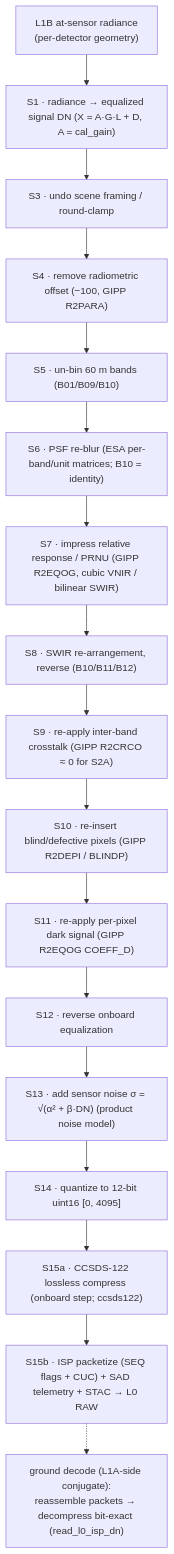
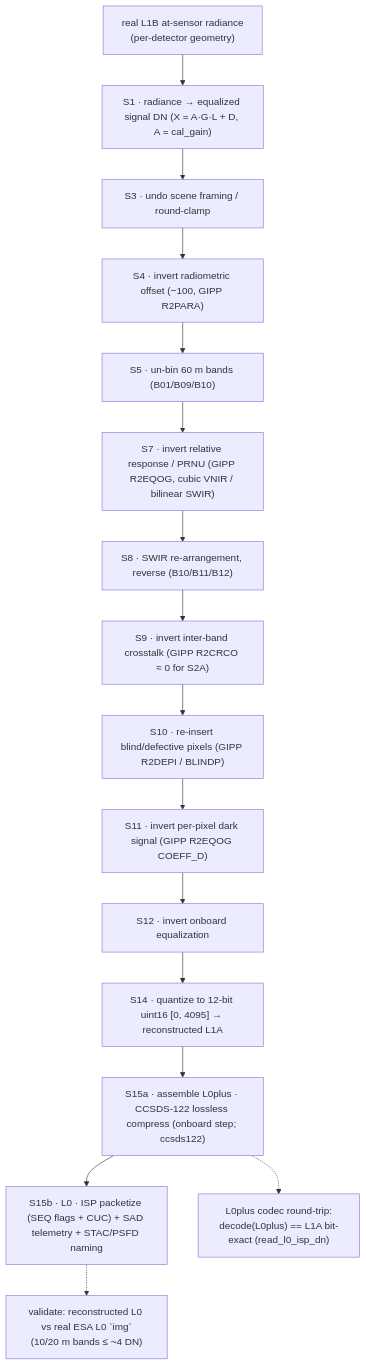
Before and after one commit to AstroCan17/s2-msi-raw-generator: the diagram in docs/dpm/introduction.md, drawn with Mermaid. The commit also changed other lines of this file and 40 other files, not shown here.

````diff
--- a/docs/dpm/introduction.md
+++ b/docs/dpm/introduction.md
@@ -31,22 +35,22 @@
 ```mermaid
 flowchart TD
-    IN["L1B at-sensor radiance<br/>(per-detector geometry)"]
+    IN["real L1B at-sensor radiance<br/>(per-detector geometry)"]
     S1["S1 · radiance → equalized signal DN (X = A·G·L + D, A = cal_gain)"]
     S3["S3 · undo scene framing / round-clamp"]
-    S4["S4 · remove radiometric offset (−100, GIPP R2PARA)"]
+    S4["S4 · invert radiometric offset (−100, GIPP R2PARA)"]
     S5["S5 · un-bin 60 m bands (B01/B09/B10)"]
-    S6["S6 · PSF re-blur (ESA per-band/unit matrices; B10 = identity)"]
-    S7["S7 · impress relative response / PRNU (GIPP R2EQOG, cubic VNIR / bilinear SWIR)"]
+    S7["S7 · invert relative response / PRNU (GIPP R2EQOG, cubic VNIR / bilinear SWIR)"]
     S8["S8 · SWIR re-arrangement, reverse (B10/B11/B12)"]
-    S9["S9 · re-apply inter-band crosstalk (GIPP R2CRCO ≈ 0 for S2A)"]
+    S9["S9 · invert inter-band crosstalk (GIPP R2CRCO ≈ 0 for S2A)"]
     S10["S10 · re-insert blind/defective pixels (GIPP R2DEPI / BLINDP)"]
-    S11["S11 · re-apply per-pixel dark signal (GIPP R2EQOG COEFF_D)"]
-    S12["S12 · reverse onboard equalization"]
-    S13["S13 · add sensor noise σ = √(α² + β·DN) (product noise model)"]
-    S14["S14 · quantize to 12-bit uint16 [0, 4095]"]
-    S15a["S15a · CCSDS-122 lossless compress (onboard step; ccsds122)"]
-    S15b["S15b · ISP packetize (SEQ flags + CUC) + SAD telemetry + STAC → L0 RAW"]
-    GD["ground decode (L1A-side conjugate):<br/>reassemble packets → decompress bit-exact (read_l0_isp_dn)"]
-    IN --> S1 --> S3 --> S4 --> S5 --> S6 --> S7 --> S8 --> S9 --> S10 --> S11 --> S12 --> S13 --> S14 --> S15a --> S15b
-    S15b -.-> GD
+    S11["S11 · invert per-pixel dark signal (GIPP R2EQOG COEFF_D)"]
+    S12["S12 · invert onboard equalization"]
+    S14["S14 · quantize to 12-bit uint16 [0, 4095] → reconstructed L1A"]
+    S15a["S15a · assemble L0plus · CCSDS-122 lossless compress (onboard step; ccsds122)"]
+    S15b["S15b · L0 · ISP packetize (SEQ flags + CUC) + SAD telemetry + STAC/PSFD naming"]
+    GD["L0plus codec round-trip:<br/>decode(L0plus) == L1A bit-exact (read_l0_isp_dn)"]
+    VAL["validate: reconstructed L0 vs real ESA L0 `img`<br/>(10/20 m bands ≤ ~4 DN)"]
+    IN --> S1 --> S3 --> S4 --> S5 --> S7 --> S8 --> S9 --> S10 --> S11 --> S12 --> S14 --> S15a --> S15b
+    S15a -.-> GD
+    S15b -.-> VAL
 ```
````
